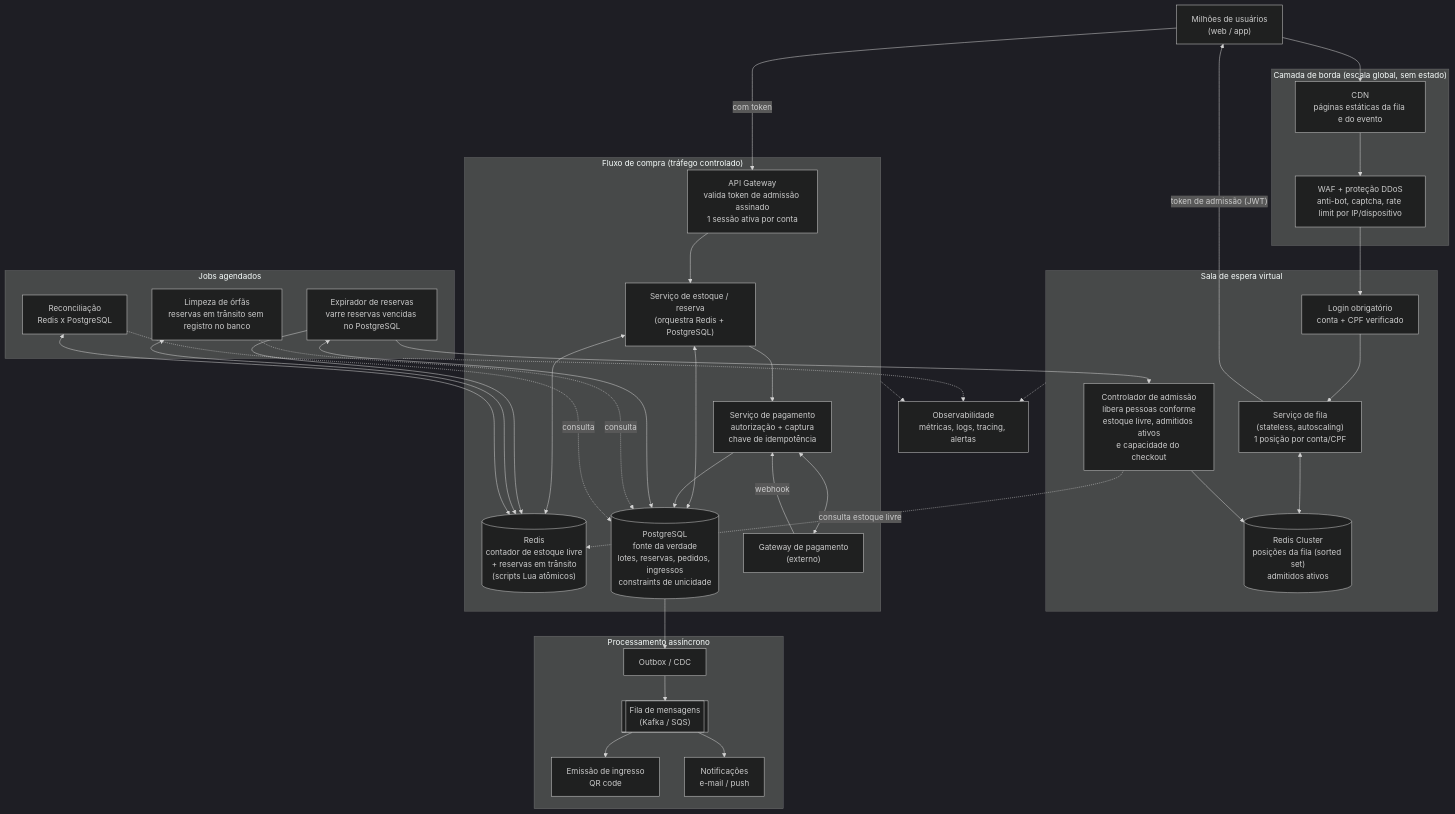
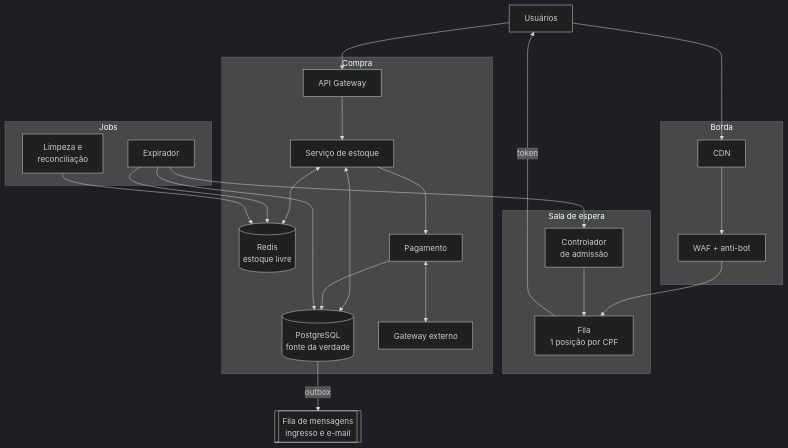
The first of 3 diagrams in README.md (viniciusnau/rock-in-rio-ticketing-architecture), drawn with Mermaid (dark theme) before and after one commit. The commit also changed other lines of this file, not shown here.

Commit message:
Simplify architecture text and diagrams

````diff
--- a/README.md
+++ b/README.md
@@ -15,67 +15,44 @@
 ```mermaid
 flowchart TB
-    U["Milhões de usuários<br/>(web / app)"]
+    U["Usuários"]
 
-    subgraph EDGE["Camada de borda (escala global, sem estado)"]
-        CDN["CDN<br/>páginas estáticas da fila e do evento"]
-        WAF["WAF + proteção DDoS<br/>anti-bot, captcha, rate limit por IP/dispositivo"]
+    subgraph EDGE["Borda"]
+        CDN["CDN"]
+        WAF["WAF + anti-bot"]
     end
 
-    subgraph QUEUE["Sala de espera virtual"]
-        AUTH["Login obrigatório<br/>conta + CPF verificado"]
-        WR["Serviço de fila<br/>(stateless, autoscaling)<br/>1 posição por conta/CPF"]
-        QS[("Redis Cluster<br/>posições da fila (sorted set)<br/>admitidos ativos")]
-        ADM["Controlador de admissão<br/>libera pessoas conforme<br/>estoque livre, admitidos ativos<br/>e capacidade do checkout"]
+    subgraph QUEUE["Sala de espera"]
+        WR["Fila<br/>1 posição por CPF"]
+        ADM["Controlador<br/>de admissão"]
     end
 
-    subgraph CORE["Fluxo de compra (tráfego controlado)"]
-        GW["API Gateway<br/>valida token de admissão assinado<br/>1 sessão ativa por conta"]
-        INV["Serviço de estoque / reserva<br/>(orquestra Redis + PostgreSQL)"]
-        RS[("Redis<br/>contador de estoque livre<br/>+ reservas em trânsito<br/>(scripts Lua atômicos)")]
-        DB[("PostgreSQL<br/>fonte da verdade<br/>lotes, reservas, pedidos, ingressos<br/>constraints de unicidade")]
-        PAY["Serviço de pagamento<br/>autorização + captura<br/>chave de idempotência"]
-        PSP["Gateway de pagamento<br/>(externo)"]
+    subgraph CORE["Compra"]
+        GW["API Gateway"]
+        INV["Serviço de estoque"]
+        RS[("Redis<br/>estoque livre")]
+        DB[("PostgreSQL<br/>fonte da verdade")]
+        PAY["Pagamento"]
+        PSP["Gateway externo"]
     end
 
-    subgraph JOBS["Jobs agendados"]
-        EXP["Expirador de reservas<br/>varre reservas vencidas no PostgreSQL"]
-        ORF["Limpeza de órfãs<br/>reservas em trânsito sem registro no banco"]
-        REC["Reconciliação<br/>Redis x PostgreSQL"]
+    subgraph JOBS["Jobs"]
+        EXP["Expirador"]
+        REC["Limpeza e<br/>reconciliação"]
     end
 
-    subgraph ASYNC["Processamento assíncrono"]
-        OUT["Outbox / CDC"]
-        MQ[["Fila de mensagens<br/>(Kafka / SQS)"]]
-        TKT["Emissão de ingresso<br/>QR code"]
-        NOT["Notificações<br/>e-mail / push"]
-    end
+    MQ[["Fila de mensagens<br/>ingresso e e-mail"]]
 
-    OBS["Observabilidade<br/>métricas, logs, tracing, alertas"]
-
-    U --> CDN --> WAF --> AUTH --> WR
-    WR <--> QS
-    ADM --> QS
-    ADM -. "consulta estoque livre" .-> RS
-    WR -- "token de admissão (JWT)" --> U
-    U -- "com token" --> GW
-    GW --> INV
+    U --> CDN --> WAF --> WR
+    ADM --> WR
+    WR -- "token" --> U
+    U --> GW --> INV
     INV <--> RS
     INV <--> DB
-    INV --> PAY
-    PAY <--> PSP
-    PSP -- "webhook" --> PAY
+    INV --> PAY <--> PSP
     PAY --> DB
-    EXP <--> DB
+    EXP --> DB
     EXP --> RS
     EXP --> ADM
-    ORF <--> RS
-    ORF -. "consulta" .-> DB
-    REC <--> RS
-    REC -. "consulta" .-> DB
-    DB --> OUT --> MQ
-    MQ --> TKT
-    MQ --> NOT
-    CORE -.-> OBS
-    QUEUE -.-> OBS
-    JOBS -.-> OBS
+    REC --> RS
+    DB -- "outbox" --> MQ
 ```
````
